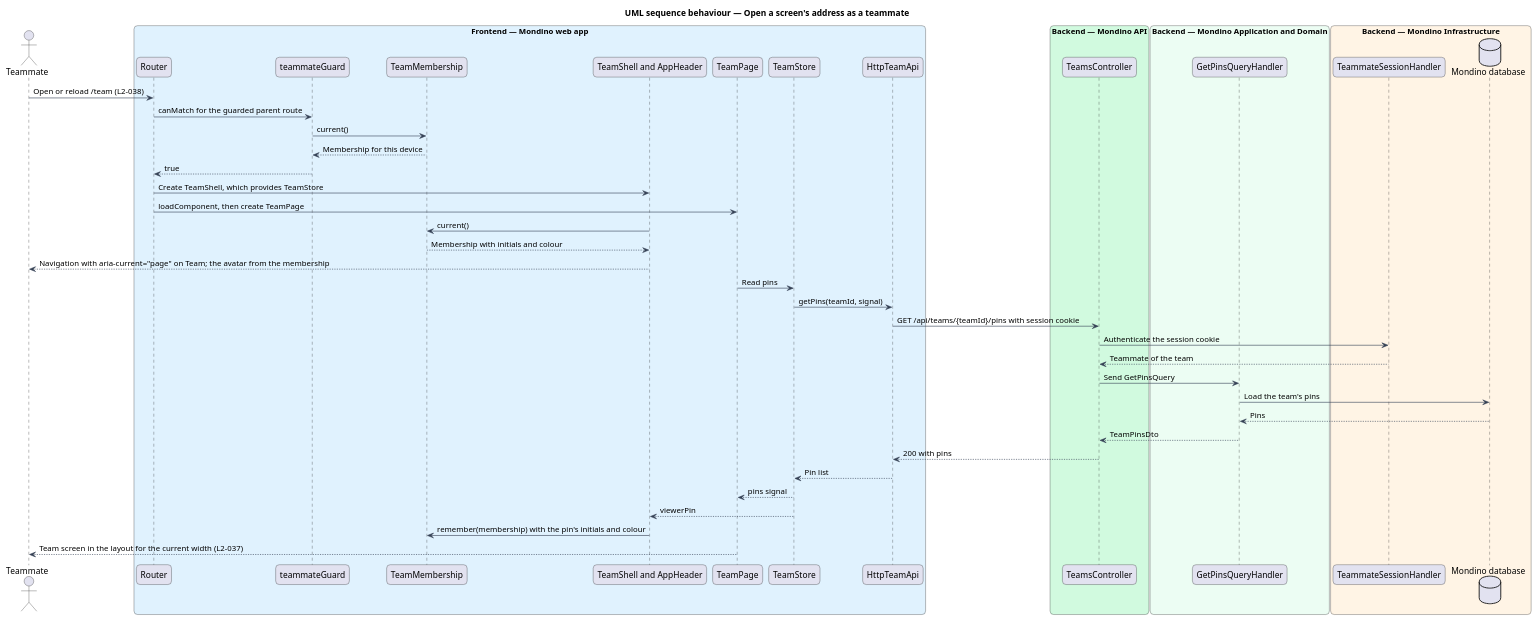
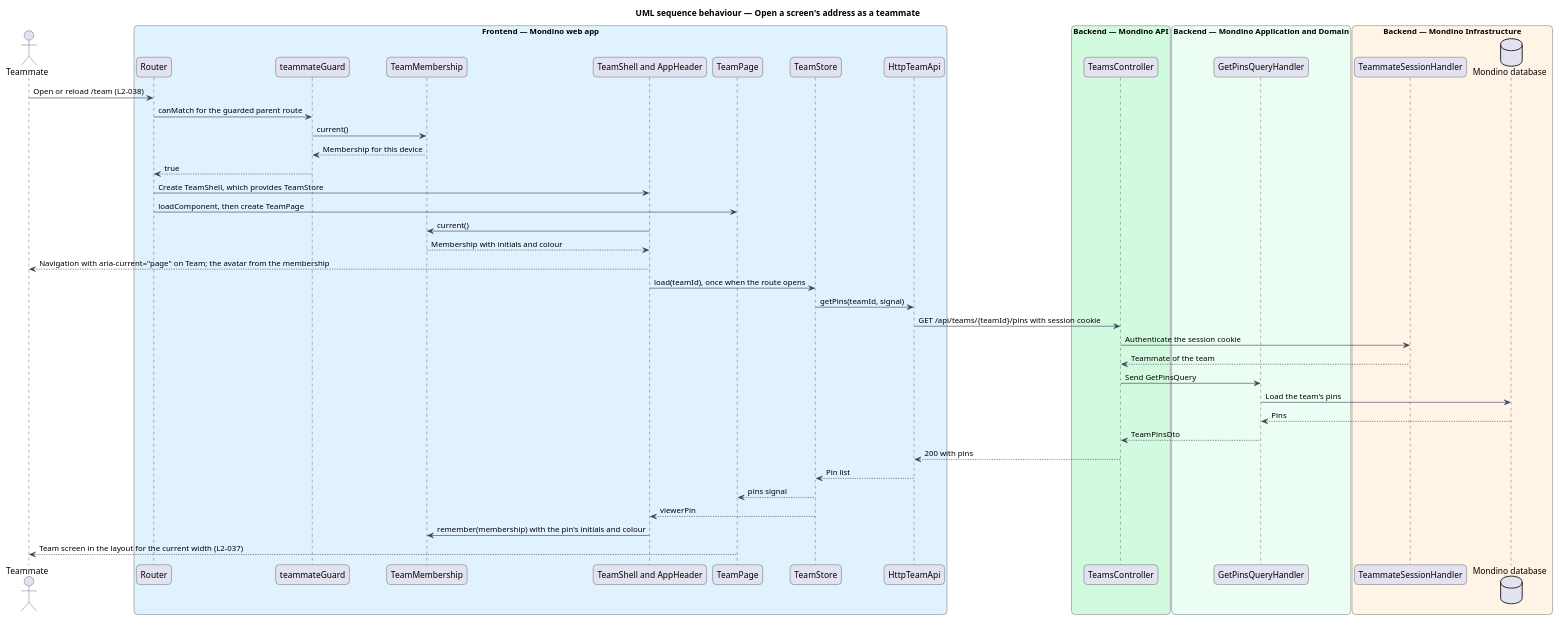
Before and after one commit to QuinntyneBrown/Mondino: the diagram in docs/detailed-designs/platform/adapt-to-every-width/diagrams/sequence-open-address-as-teammate.puml, drawn with PlantUML. The commit also changed 3 other files, not shown here.

First line of the commit message:
Close the gaps a reader of the profile and platform flows found: eighth pass

```diff
--- a/docs/detailed-designs/platform/adapt-to-every-width/diagrams/sequence-open-address-as-teammate.puml
+++ b/docs/detailed-designs/platform/adapt-to-every-width/diagrams/sequence-open-address-as-teammate.puml
@@ -1,62 +1,62 @@
 @startuml
 title UML sequence behaviour — Open a screen's address as a teammate
 skinparam backgroundColor #FFFFFF
 skinparam shadowing false
 skinparam roundcorner 12
 skinparam defaultFontName Arial
 skinparam ArrowColor #344054
 skinparam rectangle {
   BorderColor #344054
   FontColor #101828
 }
 skinparam package {
   BorderColor #667085
   FontColor #101828
   BackgroundColor #F9FAFB
 }
 actor "Teammate" as actor
 box "Frontend — Mondino web app" #E0F2FE
   participant "Router" as router
   participant "teammateGuard" as guard
   participant "TeamMembership" as membership
   participant "TeamShell and AppHeader" as shell
   participant "TeamPage" as page
   participant "TeamStore" as store
   participant "HttpTeamApi" as client
 end box
 box "Backend — Mondino API" #D1FADF
   participant "TeamsController" as controller
 end box
 box "Backend — Mondino Application and Domain" #ECFDF3
   participant "GetPinsQueryHandler" as handler
 end box
 box "Backend — Mondino Infrastructure" #FFF4E5
   participant "TeammateSessionHandler" as session
   database "Mondino database" as db
 end box
 actor -> router : Open or reload /team (L2-038)
 router -> guard : canMatch for the guarded parent route
 guard -> membership : current()
 membership --> guard : Membership for this device
 guard --> router : true
 router -> shell : Create TeamShell, which provides TeamStore
 router -> page : loadComponent, then create TeamPage
 shell -> membership : current()
 membership --> shell : Membership with initials and colour
 shell --> actor : Navigation with aria-current="page" on Team; the avatar from the membership
-page -> store : Read pins
+shell -> store : load(teamId), once when the route opens
 store -> client : getPins(teamId, signal)
 client -> controller : GET /api/teams/{teamId}/pins with session cookie
 controller -> session : Authenticate the session cookie
 session --> controller : Teammate of the team
 controller -> handler : Send GetPinsQuery
 handler -> db : Load the team's pins
 db --> handler : Pins
 handler --> controller : TeamPinsDto
 controller --> client : 200 with pins
 client --> store : Pin list
 store --> page : pins signal
 store --> shell : viewerPin
 shell -> membership : remember(membership) with the pin's initials and colour
 page --> actor : Team screen in the layout for the current width (L2-037)
 @enduml
```
